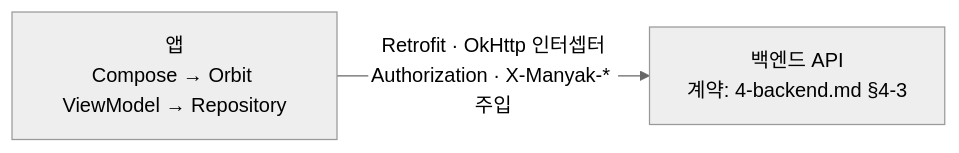
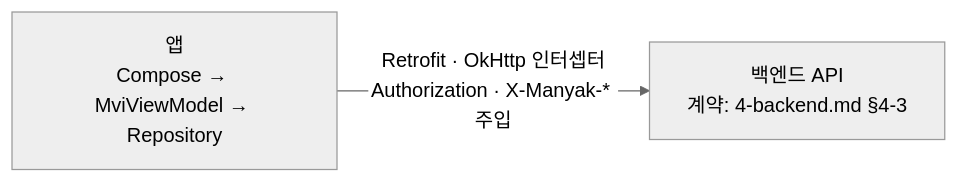
The second of 2 diagrams in docs/product-specs/3-3-android-app.md (KIM-N-KANG/knk-harness), drawn with Mermaid (neutral theme) before and after one commit. The commit also changed other lines of this file, not shown here.

````diff
--- a/docs/product-specs/3-3-android-app.md
+++ b/docs/product-specs/3-3-android-app.md
@@ -275,4 +348,4 @@
 ```mermaid
 graph LR
-    App["앱<br/>Compose → Orbit ViewModel → Repository"] -->|"Retrofit · OkHttp 인터셉터<br/>Authorization · X-Manyak-* 주입"| Server["백엔드 API<br/>계약: 4-backend.md §4-3"]
+    App["앱<br/>Compose → MviViewModel → Repository"] -->|"Retrofit · OkHttp 인터셉터<br/>Authorization · X-Manyak-* 주입"| Server["백엔드 API<br/>계약: 4-backend.md §4-3"]
 ```
````
